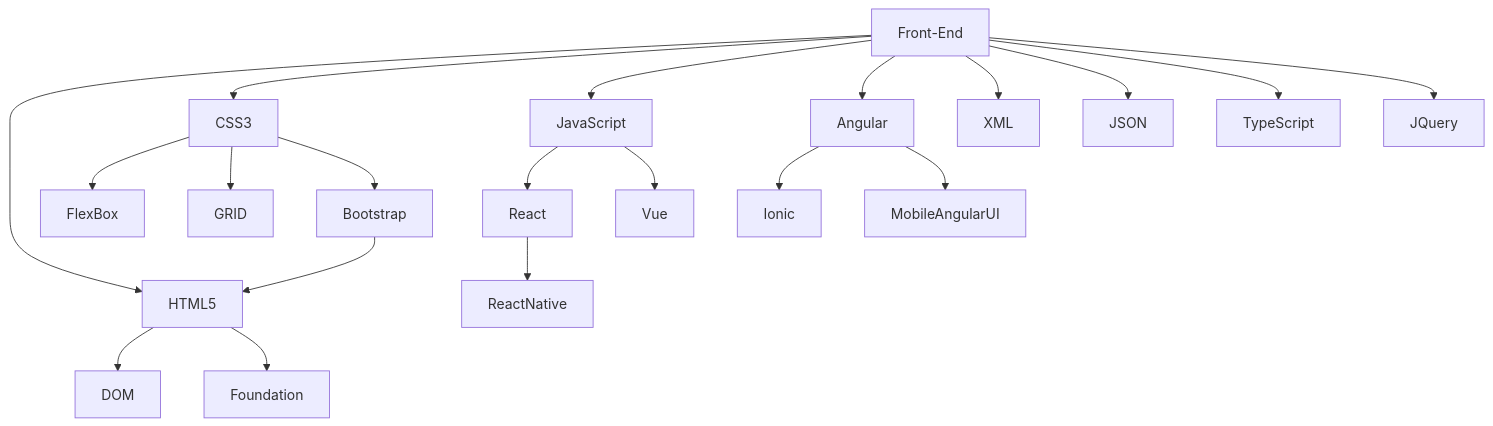
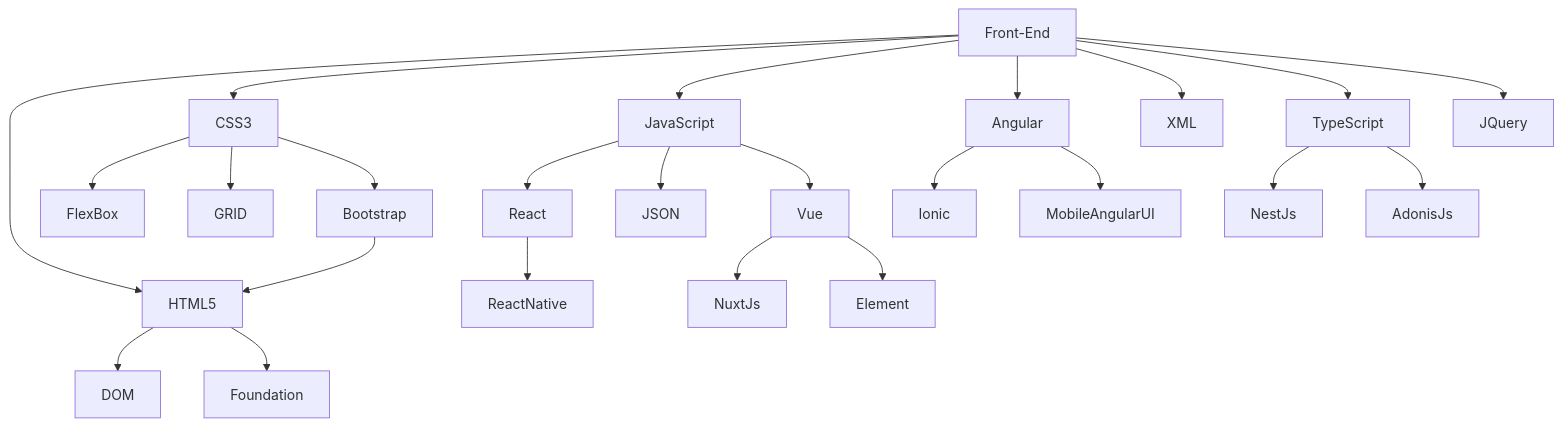
Before and after one commit to Maxnegrao33/Maxnegrao33: the first of 3 diagrams in README.md, drawn with Mermaid. The commit also changed other lines of this file, not shown here.

````diff
--- a/README.md
+++ b/README.md
@@ -139,22 +139,26 @@
  ```mermaid
 graph TD;
     Front-End-->HTML5;
     HTML5-->DOM;
     HTML5-->Foundation;
     Front-End-->CSS3;
     CSS3-->FlexBox;
     CSS3-->GRID;
     CSS3-->Bootstrap;
     Bootstrap-->HTML5;
     Front-End-->JavaScript;
     Front-End-->Angular;
     Angular-->Ionic;
     Angular-->MobileAngularUI
     JavaScript-->React;
     React-->ReactNative;
     Front-End-->XML;
-    Front-End-->JSON;
+    JavaScript-->JSON;
     JavaScript-->Vue;
+    Vue-->NuxtJs;
+    Vue-->Element;
     Front-End-->TypeScript;
+    TypeScript-->NestJs;
+    TypeScript-->AdonisJs
     Front-End-->JQuery;
    ```
````
